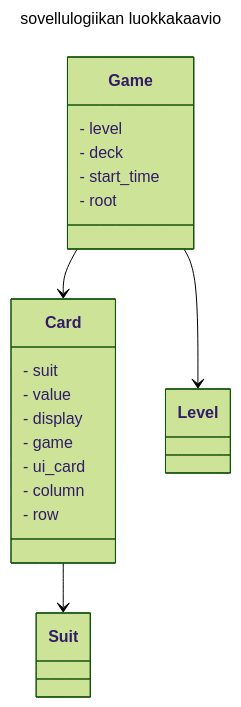
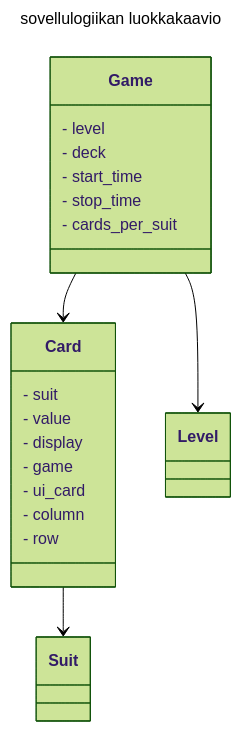
One commit to kxelina/ot-harjoitustyo changed the first of 3 diagrams in dokumentaatio/arkkitehtuuri.md. Above: the diagram before and after it, drawn with Mermaid (forest theme). The commit also changed other lines of this file and 16 other files, not shown here.

````diff
--- a/dokumentaatio/arkkitehtuuri.md
+++ b/dokumentaatio/arkkitehtuuri.md
@@ -20,26 +20,27 @@
 ```mermaid
 ---
 title: sovellulogiikan luokkakaavio
 ---
 classDiagram
 class Card{
     - suit
     - value
     - display
     - game
     - ui_card
     - column
     - row
 }
 class Suit
 class Level
 class Game{
     - level
     - deck
     - start_time
-    - root
+    - stop_time
+    - cards_per_suit
 }
 Card --> Suit
 Game --> Card
 Game --> Level
 ```
````
